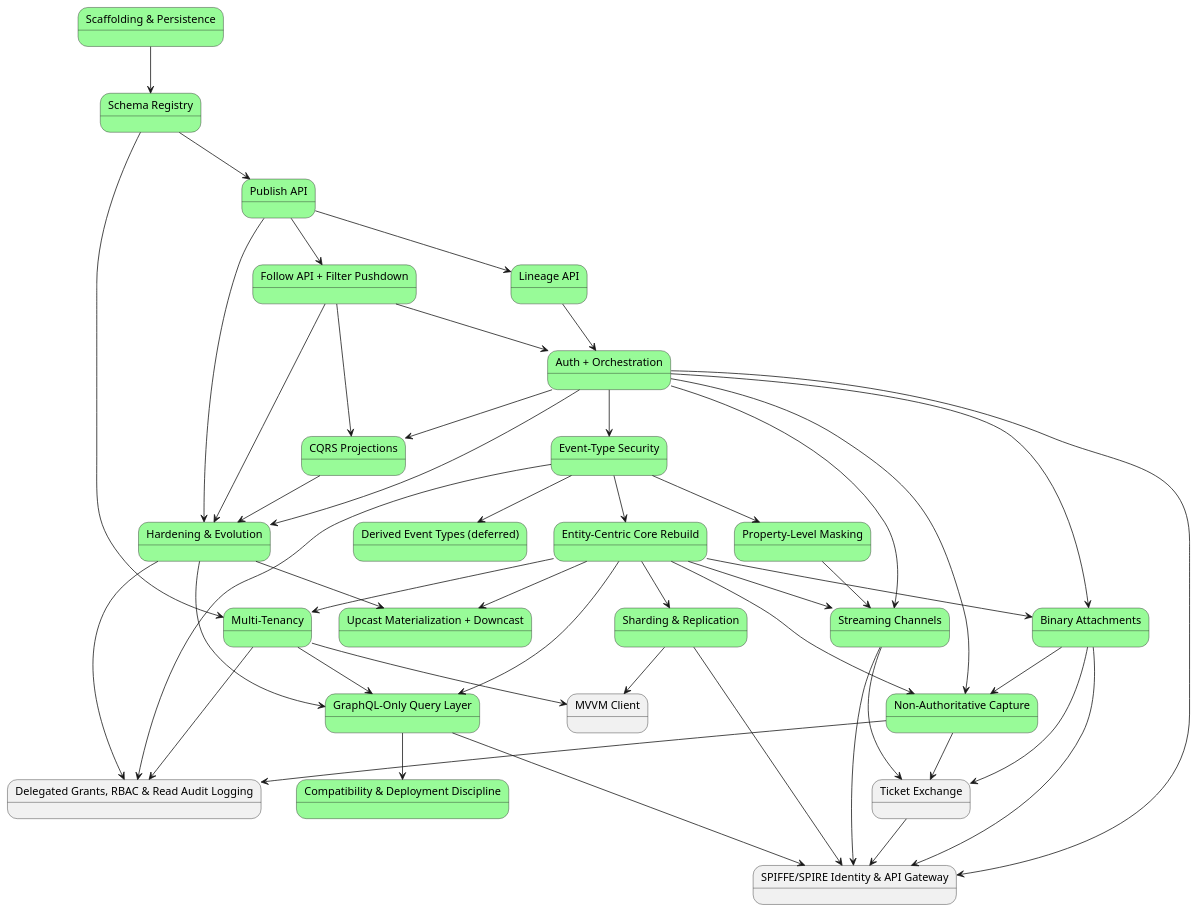
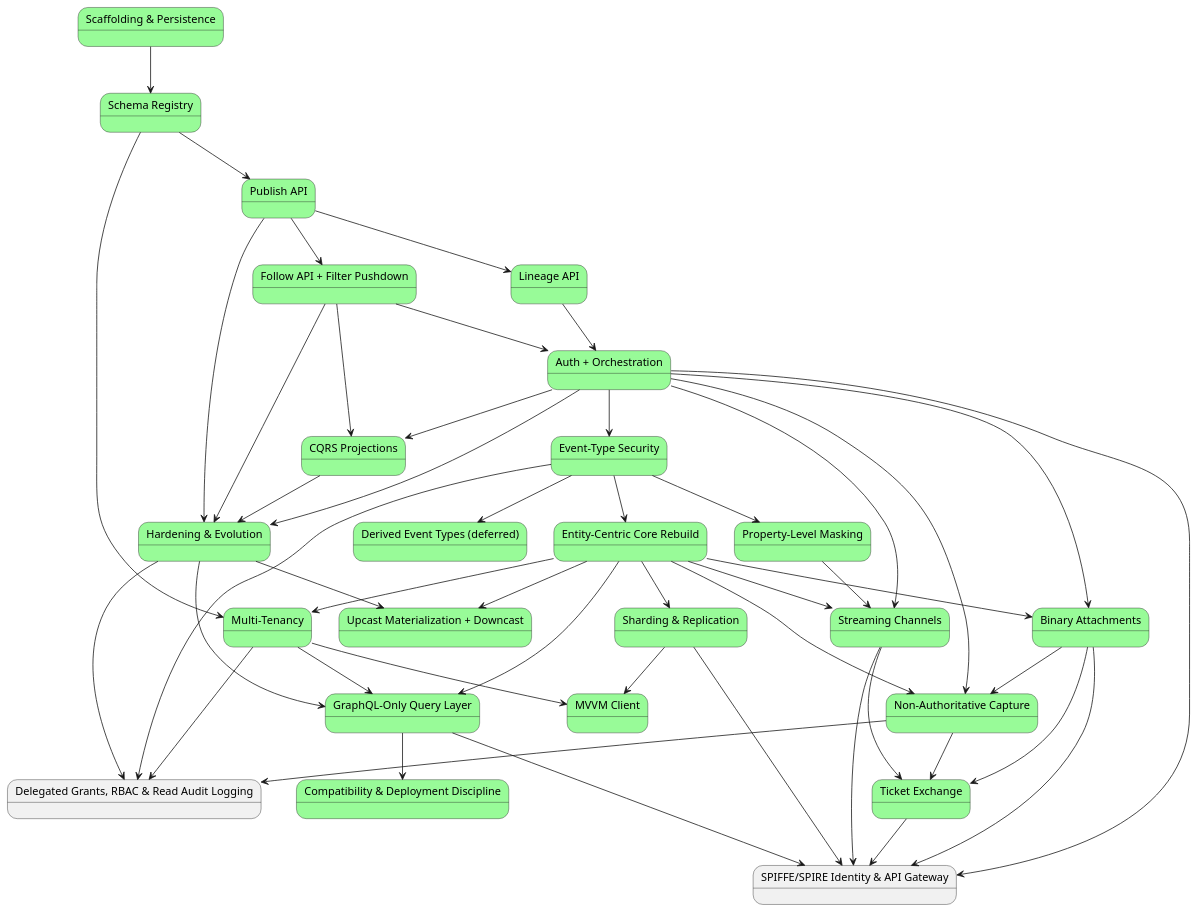
One commit to Mwwhited-BookLearning/EventSourcing changed the first of 2 diagrams in docs/08-build-plan.md. Above: the diagram before and after it, drawn with PlantUML. The commit also changed other lines of this file and 22 other files, not shown here.

First line of the commit message:
Build Ticket Exchange for Header-Incapable Clients (build-plan item 22)

````diff
--- a/docs/08-build-plan.md
+++ b/docs/08-build-plan.md
@@ -156,77 +156,77 @@
 ```plantuml
 @startuml BuildPlan_CorePhases
 state "Scaffolding & Persistence" as p0 #palegreen
 state "Schema Registry" as p1 #palegreen
 state "Publish API" as p2 #palegreen
 state "Lineage API" as p3 #palegreen
 state "Follow API + Filter Pushdown" as p4 #palegreen
 state "Auth + Orchestration" as p5 #palegreen
 state "Event-Type Security" as p6 #palegreen
 state "Derived Event Types (deferred)" as p7 #palegreen
 state "Property-Level Masking" as p8 #palegreen
 state "CQRS Projections" as p9 #palegreen
 state "Hardening & Evolution" as p10 #palegreen
 state "Entity-Centric Core Rebuild" as p11 #palegreen
 state "Multi-Tenancy" as p12 #palegreen
 state "Upcast Materialization + Downcast" as p13 #palegreen
 state "Streaming Channels" as p14 #palegreen
 state "Binary Attachments" as p15 #palegreen
 state "Sharding & Replication" as p16 #palegreen
 state "Non-Authoritative Capture" as p17 #palegreen
 state "GraphQL-Only Query Layer" as p18 #palegreen
 state "Compatibility & Deployment Discipline" as p19 #palegreen
-state "MVVM Client" as p20
-state "Ticket Exchange" as p21
+state "MVVM Client" as p20 #palegreen
+state "Ticket Exchange" as p21 #palegreen
 state "Delegated Grants, RBAC & Read Audit Logging" as p22
 state "SPIFFE/SPIRE Identity & API Gateway" as p23
 
 p0 --> p1
 p1 --> p2
 p2 --> p3
 p2 --> p4
 p3 --> p5
 p4 --> p5
 p5 --> p6
 p6 --> p7
 p6 --> p8
 p4 --> p9
 p5 --> p9
 p5 --> p10
 p2 --> p10
 p4 --> p10
 p9 --> p10
 p6 --> p11
 p1 --> p12
 p11 --> p12
 p10 --> p13
 p11 --> p13
 p5 --> p14
 p11 --> p14
 p8 --> p14
 p5 --> p15
 p11 --> p15
 p11 --> p16
 p11 --> p17
 p5 --> p17
 p15 --> p17
 p11 --> p18
 p12 --> p18
 p10 --> p18
 p18 --> p19
 p12 --> p20
 p16 --> p20
 p14 --> p21
 p15 --> p21
 p17 --> p21
 p17 --> p22
 p6 --> p22
 p12 --> p22
 p10 --> p22
 p5 --> p23
 p16 --> p23
 p14 --> p23
 p15 --> p23
 p18 --> p23
 p21 --> p23
 @enduml
 ```
````
